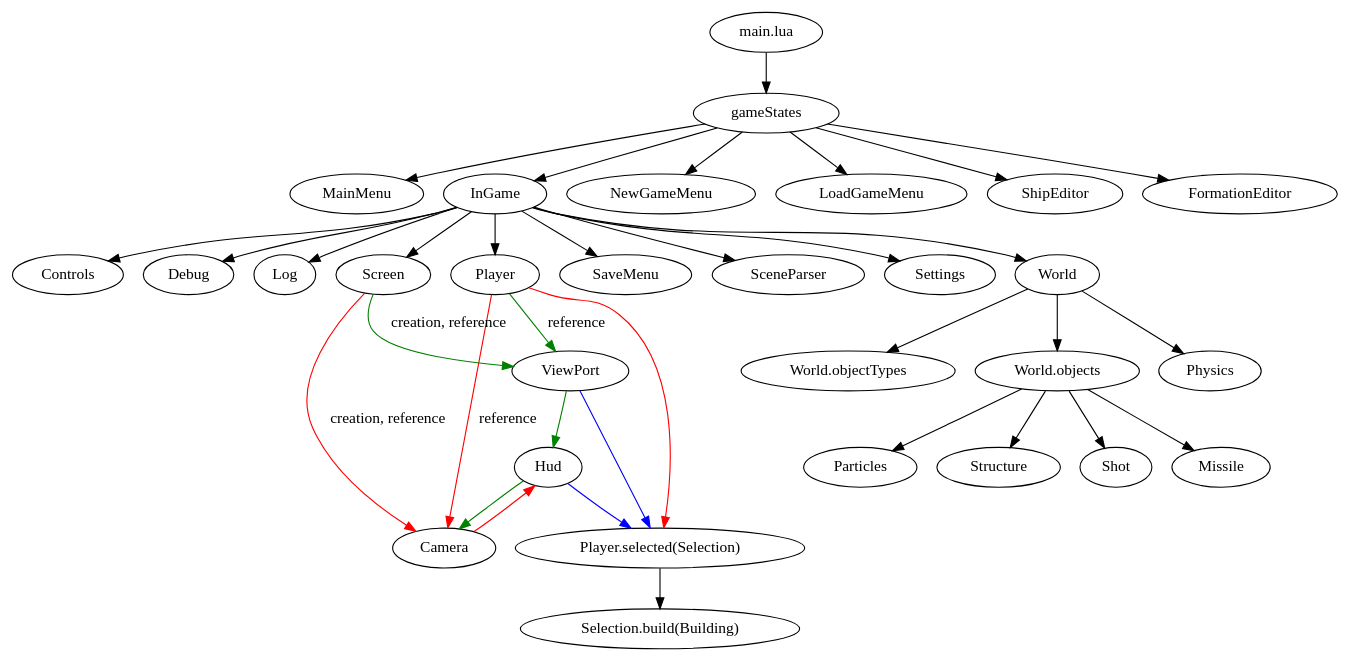
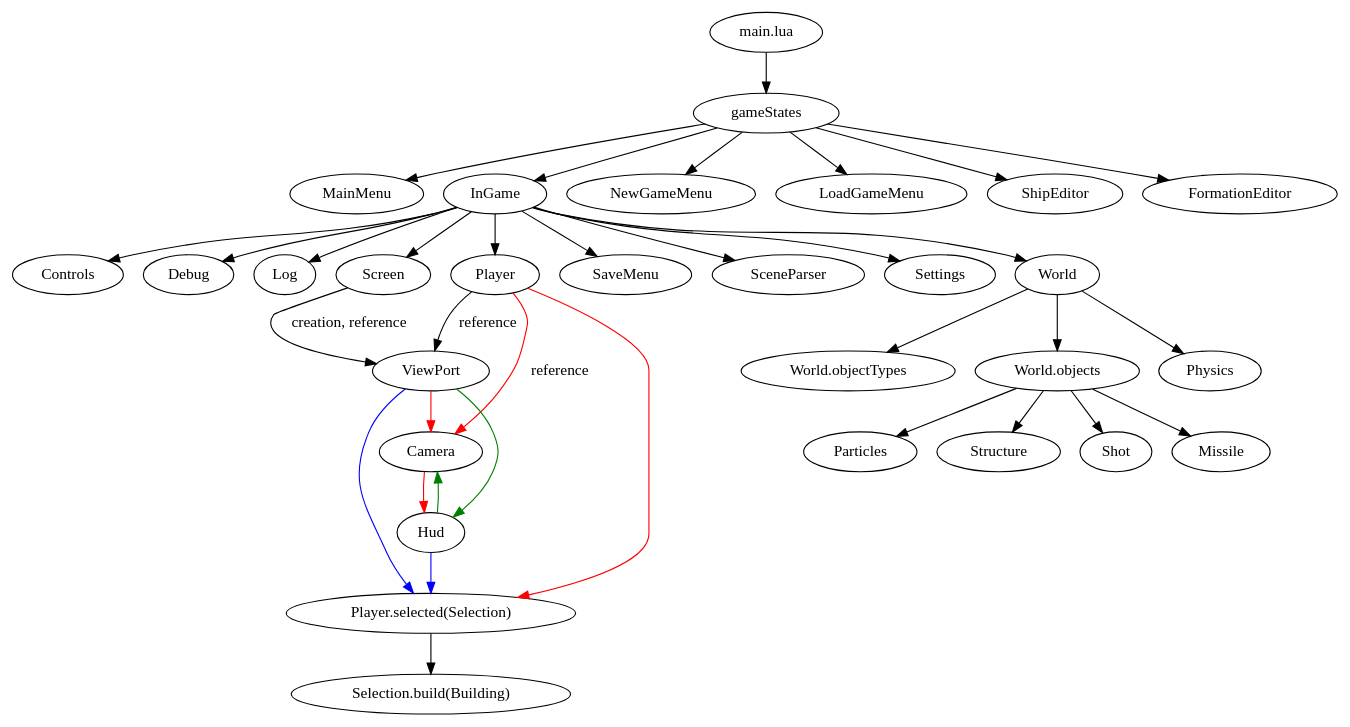
Before and after one commit to synthein/synthein: the diagram in docs/data_tree.dot, drawn with Graphviz.

Commit message:
Updated Data Tree

```diff
--- a/docs/data_tree.dot
+++ b/docs/data_tree.dot
@@ -1,54 +1,54 @@
 digraph {
 	main [label = "main.lua"]
 	main -> gameStates
 	
 	gameStates -> MainMenu
 	gameStates -> InGame
 	gameStates -> NewGameMenu
 	gameStates -> LoadGameMenu
 	gameStates -> ShipEditor
 	gameStates -> FormationEditor
 
 	InGame -> Controls
 	InGame -> Debug
 	InGame -> Log
 	InGame -> Player
 	InGame -> SaveMenu
 	InGame -> SceneParser
 	InGame -> Screen
 	InGame -> Settings
 	InGame -> World
 	
-	Player -> ViewPort [label = "reference" color="green"]
+	Player -> ViewPort [label = "reference"]
 	Player -> Camera [label = "reference" color="red"]
 	Player -> Player_selected [color="red"]
 	
 	Player_selected [label = "Player.selected(Selection)"]
 	Player_selected -> Selection_build
 	
 	Selection_build [label = "Selection.build(Building)"]
 	
-	Screen -> ViewPort [label = "creation, reference" color="green"]
-	Screen -> Camera [label = "creation, reference" color="red"]
+	Screen -> ViewPort [label = "creation, reference"]
 	
 	ViewPort -> Hud [color="green"]
+	ViewPort -> Camera [color="red"]
 	ViewPort -> Player_selected [color="blue"]
 	
 	Hud -> Camera [color="green"]
 	Hud -> Player_selected [color="blue"]
 	
 	Camera -> Hud [color="red"]
 	
 	World -> World_objectTypes
 	World -> World_objects
 	World -> Physics
 	
 	World_objectTypes [label = "World.objectTypes"]
 	
 	World_objects [label = "World.objects"]
 	World_objects -> Structure
 	World_objects -> Shot
 	World_objects -> Missile
 	World_objects -> Particles
 	
 }
```
